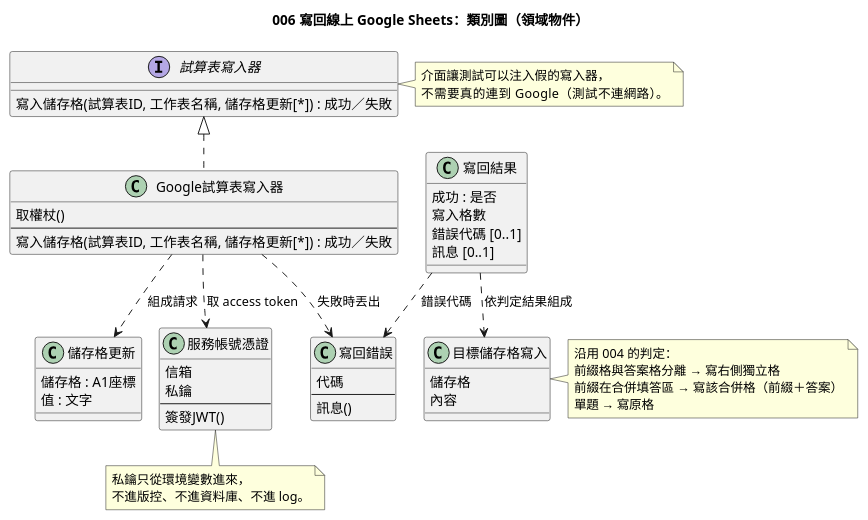
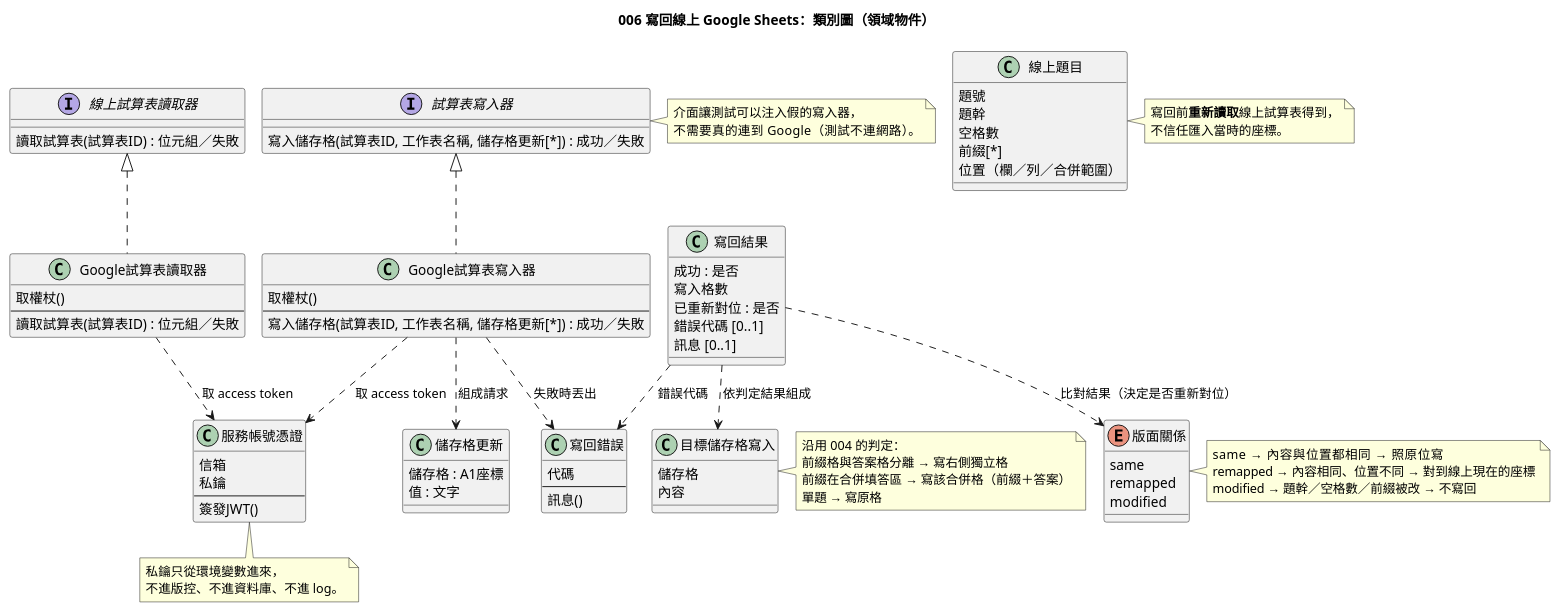
One commit to Danielweng0902/Answering-System_speckit changed the diagram in diagrams/006-guided-notes-writeback-class.puml. Above: the diagram before and after it, drawn with PlantUML. The commit also changed 90 other files, not shown here.

First line of the commit message:
docs(verification): 補 007／006 的證據文件、修 006 的圖、匯出 AI 對話紀錄

```diff
--- a/diagrams/006-guided-notes-writeback-class.puml
+++ b/diagrams/006-guided-notes-writeback-class.puml
@@ -1,68 +1,107 @@
 @startuml
 !pragma layout smetana
 title 006 寫回線上 Google Sheets：類別圖（領域物件）
 
+interface 線上試算表讀取器 {
+  讀取試算表(試算表ID) : 位元組／失敗
+}
+
 interface 試算表寫入器 {
   寫入儲存格(試算表ID, 工作表名稱, 儲存格更新[*]) : 成功／失敗
+}
+
+class Google試算表讀取器 {
+  取權杖()
+  --
+  讀取試算表(試算表ID) : 位元組／失敗
 }
 
 class Google試算表寫入器 {
   取權杖()
   --
   寫入儲存格(試算表ID, 工作表名稱, 儲存格更新[*]) : 成功／失敗
+}
+
+class 服務帳號憑證 {
+  信箱
+  私鑰
+  --
+  簽發JWT()
 }
 
 class 儲存格更新 {
   儲存格 : A1座標
   值 : 文字
 }
 
 class 寫回錯誤 {
   代碼
   --
   訊息()
 }
 
-class 服務帳號憑證 {
-  信箱
-  私鑰
-  --
-  簽發JWT()
-}
-
 class 目標儲存格寫入 {
   儲存格
   內容
 }
 
+class 線上題目 {
+  題號
+  題幹
+  空格數
+  前綴[*]
+  位置（欄／列／合併範圍）
+}
+
+enum 版面關係 {
+  same
+  remapped
+  modified
+}
+
 class 寫回結果 {
   成功 : 是否
   寫入格數
+  已重新對位 : 是否
   錯誤代碼 [0..1]
   訊息 [0..1]
 }
 
+線上試算表讀取器 <|.. Google試算表讀取器
 試算表寫入器 <|.. Google試算表寫入器
+Google試算表讀取器 ..> 服務帳號憑證 : 取 access token
 Google試算表寫入器 ..> 服務帳號憑證 : 取 access token
 Google試算表寫入器 ..> 儲存格更新 : 組成請求
 Google試算表寫入器 ..> 寫回錯誤 : 失敗時丟出
 寫回結果 ..> 目標儲存格寫入 : 依判定結果組成
 寫回結果 ..> 寫回錯誤 : 錯誤代碼
+寫回結果 ..> 版面關係 : 比對結果（決定是否重新對位）
+
+note right of 線上題目
+  寫回前**重新讀取**線上試算表得到，
+  不信任匯入當時的座標。
+end note
+
+note right of 版面關係
+  same     → 內容與位置都相同 → 照原位寫
+  remapped → 內容相同、位置不同 → 對到線上現在的座標
+  modified → 題幹／空格數／前綴被改 → 不寫回
+end note
 
 note right of 試算表寫入器
   介面讓測試可以注入假的寫入器，
   不需要真的連到 Google（測試不連網路）。
 end note
 
 note right of 目標儲存格寫入
   沿用 004 的判定：
   前綴格與答案格分離 → 寫右側獨立格
   前綴在合併填答區 → 寫該合併格（前綴＋答案）
   單題 → 寫原格
 end note
 
 note bottom of 服務帳號憑證
   私鑰只從環境變數進來，
   不進版控、不進資料庫、不進 log。
 end note
 @enduml
```
